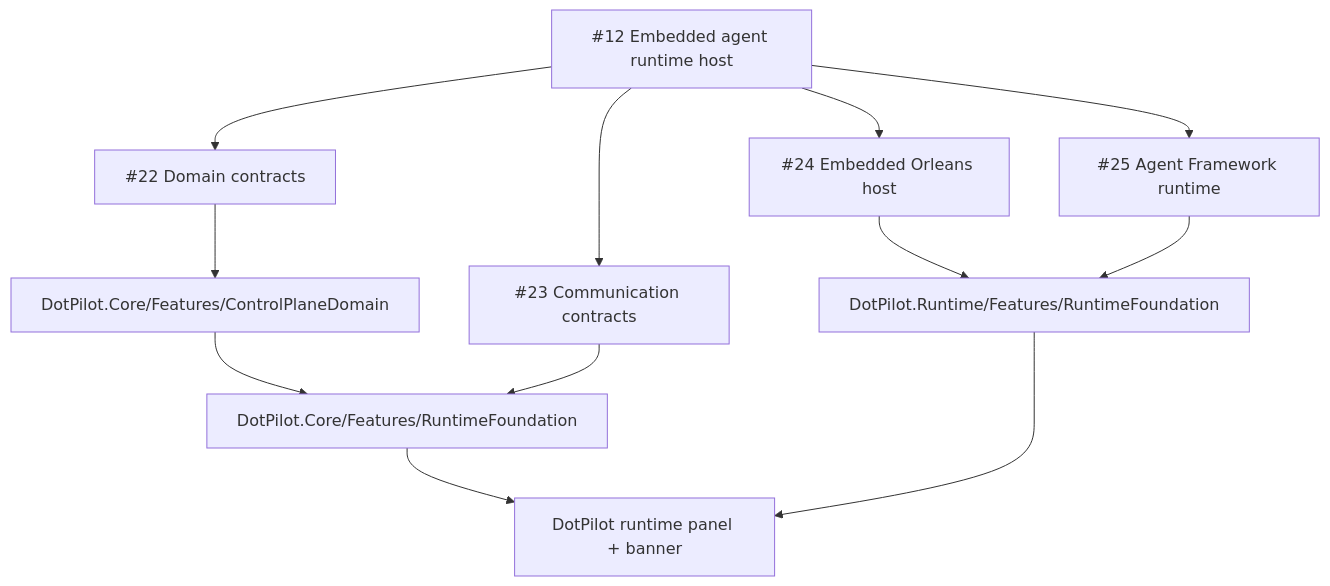
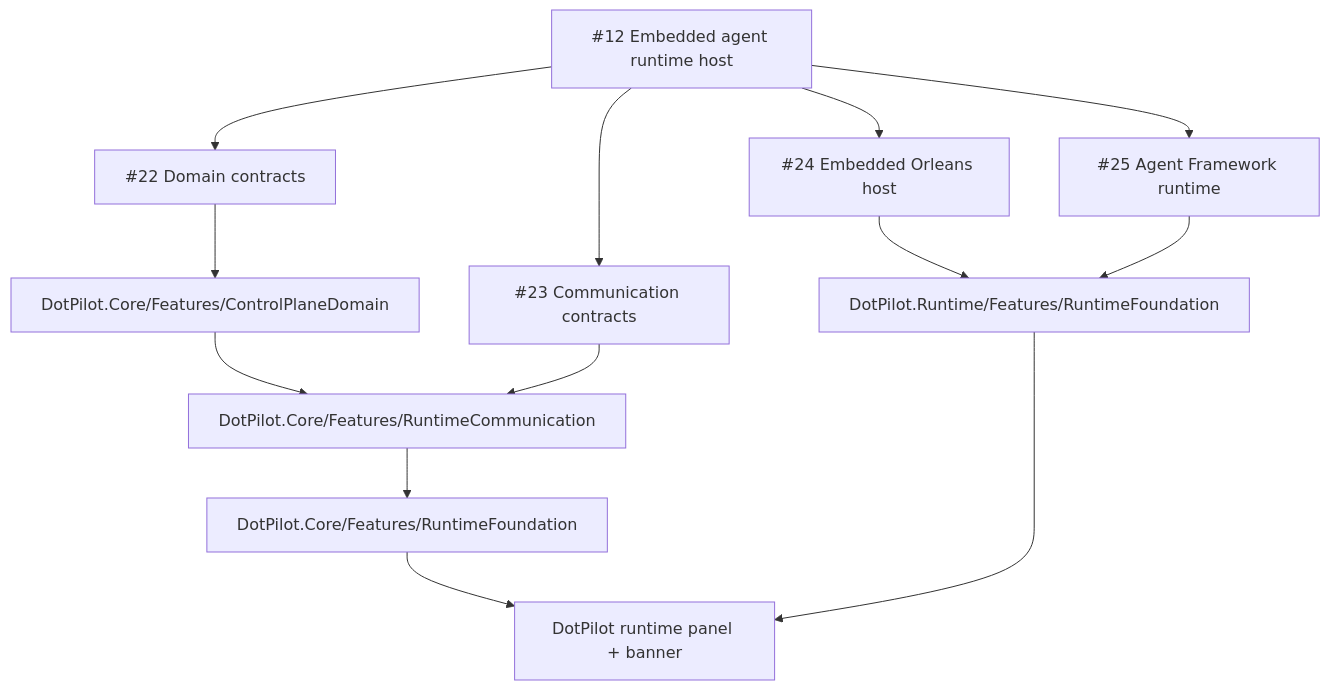
One commit to managedcode/dotPilot changed the second of 3 diagrams in docs/Architecture.md. Above: the diagram before and after it, drawn with Mermaid. The commit also changed other lines of this file and 14 other files, not shown here.

Commit message:
Adopt managed communication runtime contracts

````diff
--- a/docs/Architecture.md
+++ b/docs/Architecture.md
@@ -61,24 +62,26 @@
 ```mermaid
 flowchart TD
   Epic["#12 Embedded agent runtime host"]
   Domain["#22 Domain contracts"]
   Comm["#23 Communication contracts"]
   Host["#24 Embedded Orleans host"]
   MAF["#25 Agent Framework runtime"]
   DomainSlice["DotPilot.Core/Features/ControlPlaneDomain"]
+  CommunicationSlice["DotPilot.Core/Features/RuntimeCommunication"]
   CoreSlice["DotPilot.Core/Features/RuntimeFoundation"]
   RuntimeSlice["DotPilot.Runtime/Features/RuntimeFoundation"]
   UiSlice["DotPilot runtime panel + banner"]
 
   Epic --> Domain
   Epic --> Comm
   Epic --> Host
   Epic --> MAF
   Domain --> DomainSlice
-  DomainSlice --> CoreSlice
-  Comm --> CoreSlice
+  DomainSlice --> CommunicationSlice
+  CommunicationSlice --> CoreSlice
+  Comm --> CommunicationSlice
   Host --> RuntimeSlice
   MAF --> RuntimeSlice
   CoreSlice --> UiSlice
   RuntimeSlice --> UiSlice
 ```
````
